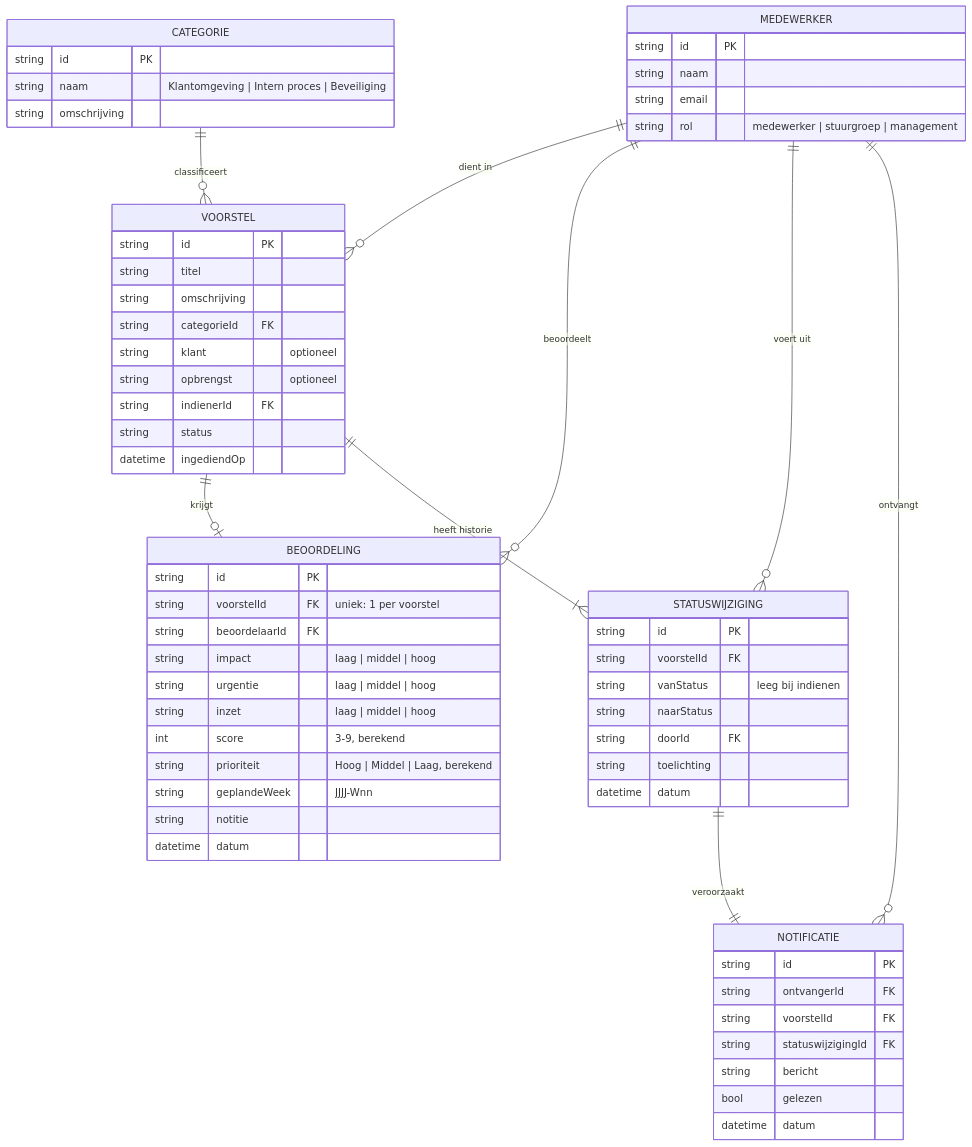
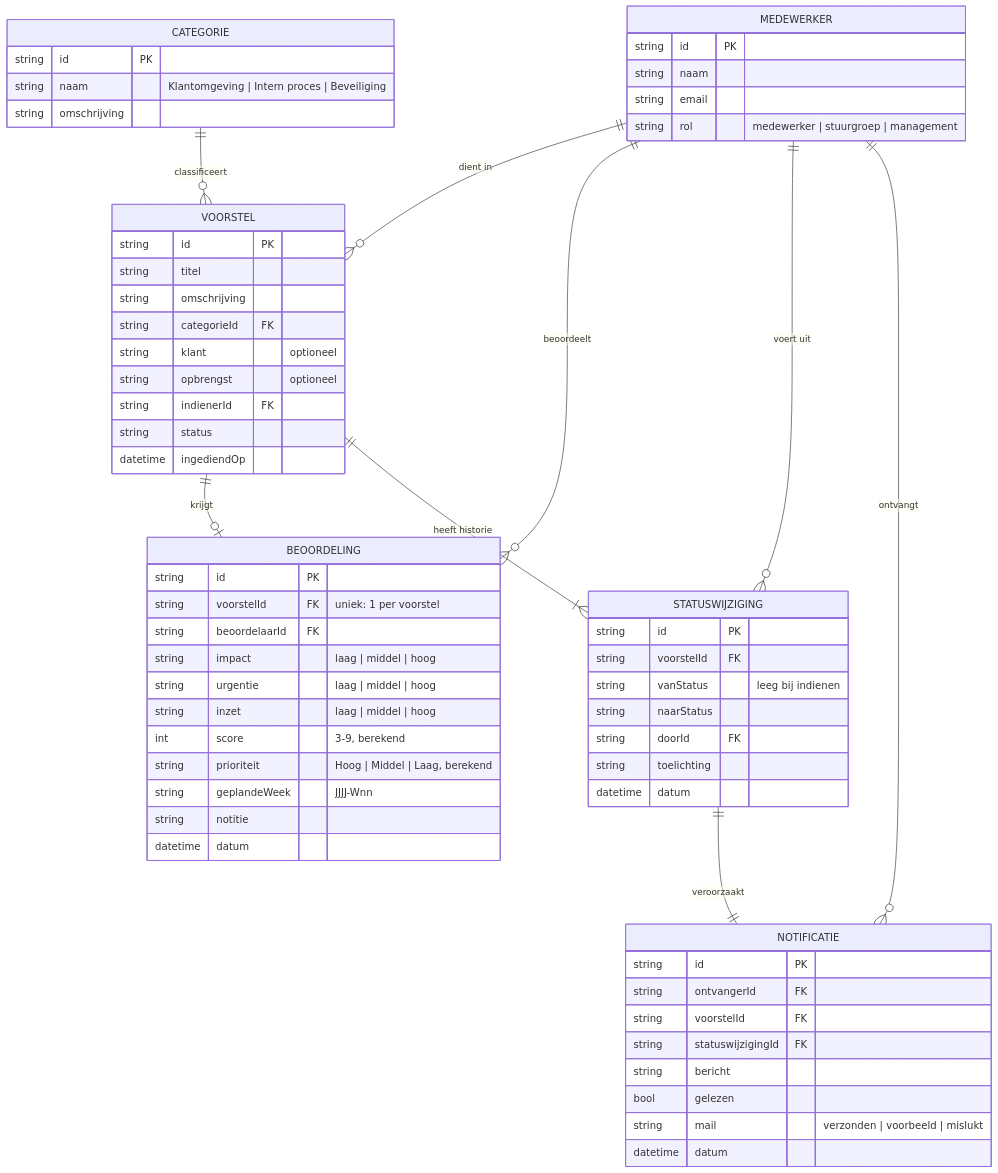
The first of 3 diagrams in docs/ontwerp.md (Theosilfhout10/ImprovmentInterface), drawn with Mermaid before and after one commit. The commit also changed other lines of this file and 27 other files, not shown here.

````diff
--- a/docs/ontwerp.md
+++ b/docs/ontwerp.md
@@ -36,65 +36,66 @@
 ```mermaid
 erDiagram
     MEDEWERKER ||--o{ VOORSTEL : "dient in"
     CATEGORIE ||--o{ VOORSTEL : "classificeert"
     VOORSTEL ||--o| BEOORDELING : "krijgt"
     MEDEWERKER ||--o{ BEOORDELING : "beoordeelt"
     VOORSTEL ||--|{ STATUSWIJZIGING : "heeft historie"
     MEDEWERKER ||--o{ STATUSWIJZIGING : "voert uit"
     STATUSWIJZIGING ||--|| NOTIFICATIE : "veroorzaakt"
     MEDEWERKER ||--o{ NOTIFICATIE : "ontvangt"
 
     MEDEWERKER {
         string id PK
         string naam
         string email
         string rol "medewerker | stuurgroep | management"
     }
     CATEGORIE {
         string id PK
         string naam "Klantomgeving | Intern proces | Beveiliging"
         string omschrijving
     }
     VOORSTEL {
         string id PK
         string titel
         string omschrijving
         string categorieId FK
         string klant "optioneel"
         string opbrengst "optioneel"
         string indienerId FK
         string status
         datetime ingediendOp
     }
     BEOORDELING {
         string id PK
         string voorstelId FK "uniek: 1 per voorstel"
         string beoordelaarId FK
         string impact "laag | middel | hoog"
         string urgentie "laag | middel | hoog"
         string inzet "laag | middel | hoog"
         int score "3-9, berekend"
         string prioriteit "Hoog | Middel | Laag, berekend"
         string geplandeWeek "JJJJ-Wnn"
         string notitie
         datetime datum
     }
     STATUSWIJZIGING {
         string id PK
         string voorstelId FK
         string vanStatus "leeg bij indienen"
         string naarStatus
         string doorId FK
         string toelichting
         datetime datum
     }
     NOTIFICATIE {
         string id PK
         string ontvangerId FK
         string voorstelId FK
         string statuswijzigingId FK
         string bericht
         bool gelezen
+        string mail "verzonden | voorbeeld | mislukt"
         datetime datum
     }
 ```
````
